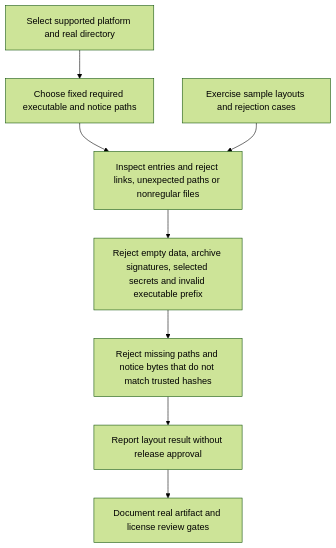
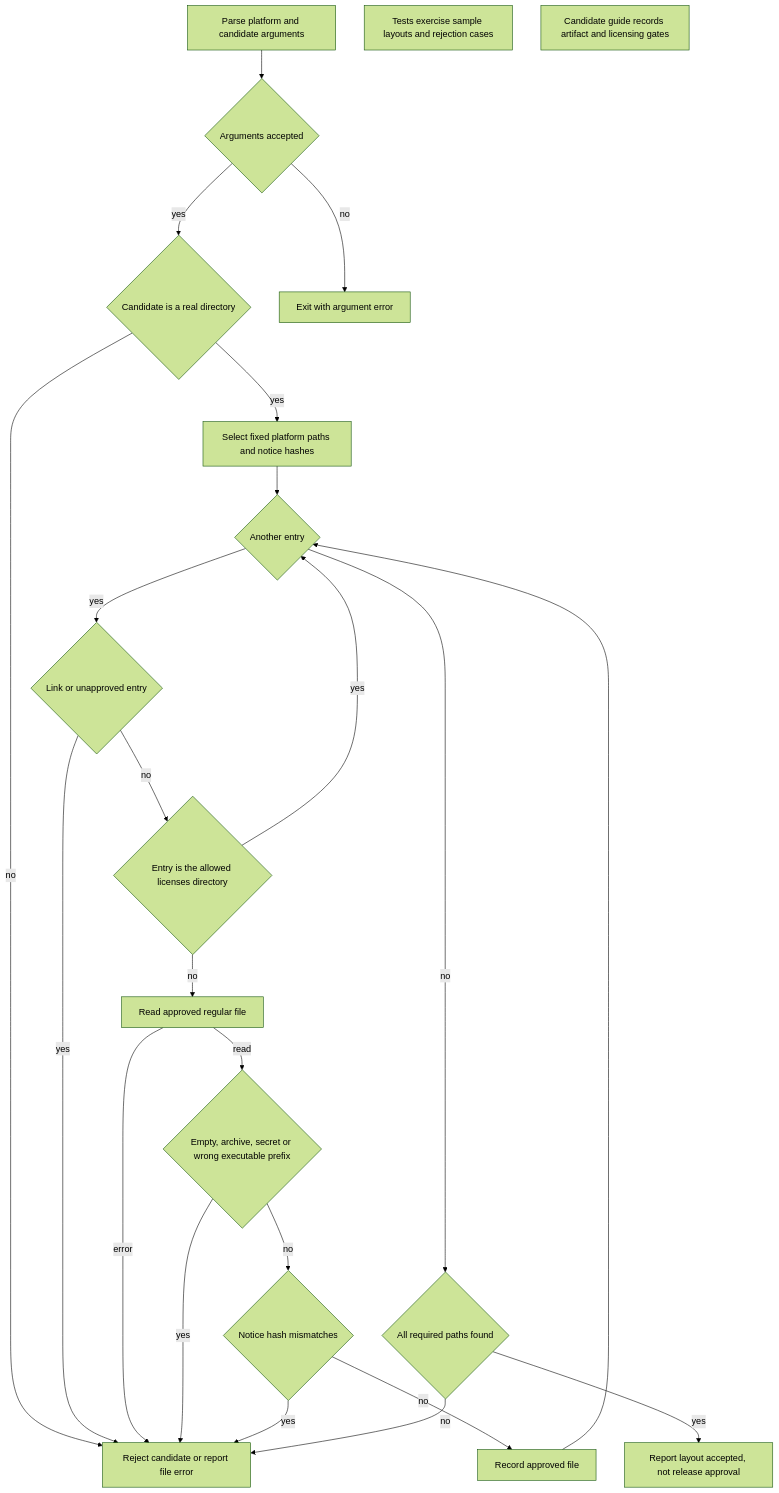
One commit to KarlSideProjects/hwmonitor-mqtt changed the diagram in docs/flows/sender.release-inspection.mmd. Above: the diagram before and after it, drawn with Mermaid (forest theme). The commit also changed 1 other file, not shown here.

Commit message:
docs: map candidate inspection decisions and loop

```diff
--- a/docs/flows/sender.release-inspection.mmd
+++ b/docs/flows/sender.release-inspection.mmd
@@ -1,16 +1,39 @@
 flowchart TD
-    A["Select supported platform and real directory"]
-    B["Choose fixed required executable and notice paths"]
-    C["Inspect entries and reject links, unexpected paths or nonregular files"]
-    D["Reject empty data, archive signatures, selected secrets and invalid executable prefix"]
-    E["Reject missing paths and notice bytes that do not match trusted hashes"]
-    F["Report layout result without release approval"]
-    G["Document real artifact and license review gates"]
-    H["Exercise sample layouts and rejection cases"]
+    A["Parse platform and candidate arguments"]
+    B{"Arguments accepted"}
+    C{"Candidate is a real directory"}
+    D["Select fixed platform paths and notice hashes"]
+    E{"Another entry"}
+    F{"Link or unapproved entry"}
+    G{"Entry is the allowed licenses directory"}
+    H["Read approved regular file"]
+    I{"Empty, archive, secret or wrong executable prefix"}
+    J{"Notice hash mismatches"}
+    K["Record approved file"]
+    L{"All required paths found"}
+    M["Report layout accepted, not release approval"]
+    N["Reject candidate or report file error"]
+    O["Exit with argument error"]
+    P["Tests exercise sample layouts and rejection cases"]
+    Q["Candidate guide records artifact and licensing gates"]
     A --> B
-    B --> C
-    C --> D
+    B -->|no| O
+    B -->|yes| C
+    C -->|no| N
+    C -->|yes| D
     D --> E
-    E --> F
-    F --> G
-    H --> C
+    E -->|yes| F
+    F -->|yes| N
+    F -->|no| G
+    G -->|yes| E
+    G -->|no| H
+    H -->|error| N
+    H -->|read| I
+    I -->|yes| N
+    I -->|no| J
+    J -->|yes| N
+    J -->|no| K
+    K --> E
+    E -->|no| L
+    L -->|no| N
+    L -->|yes| M
```
